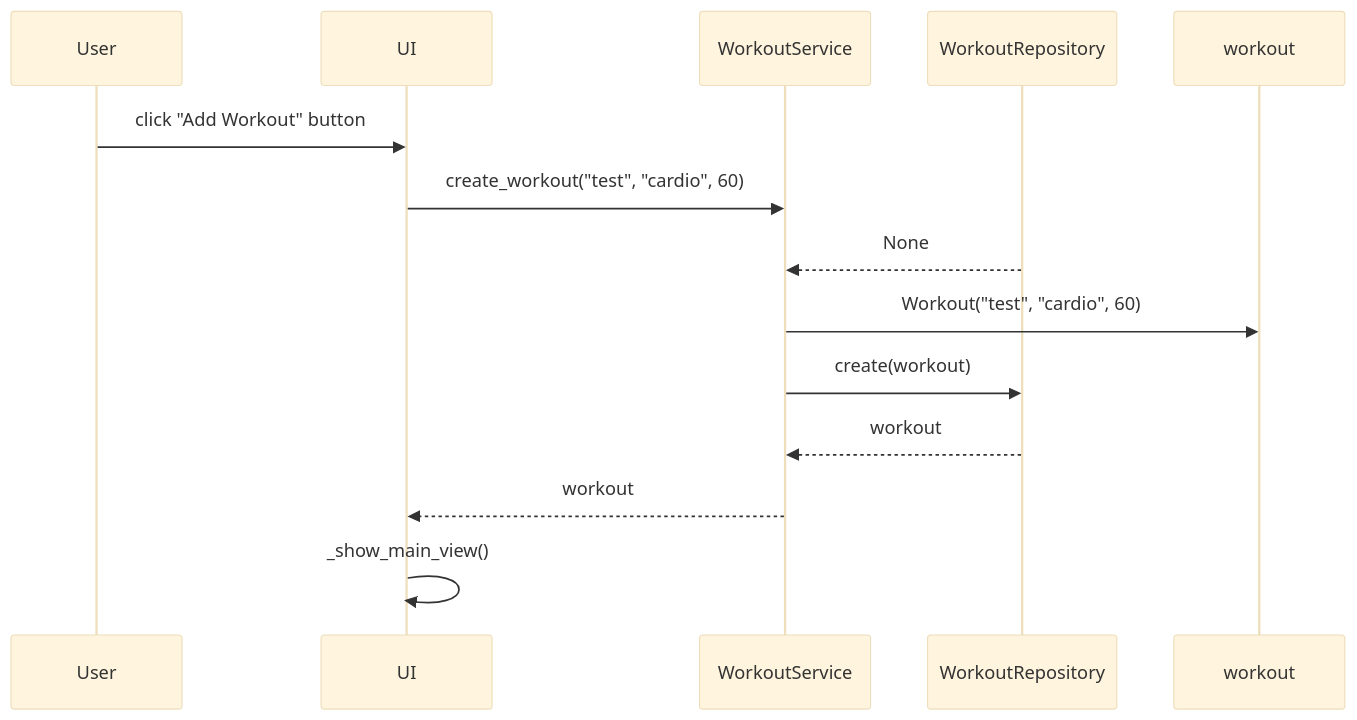
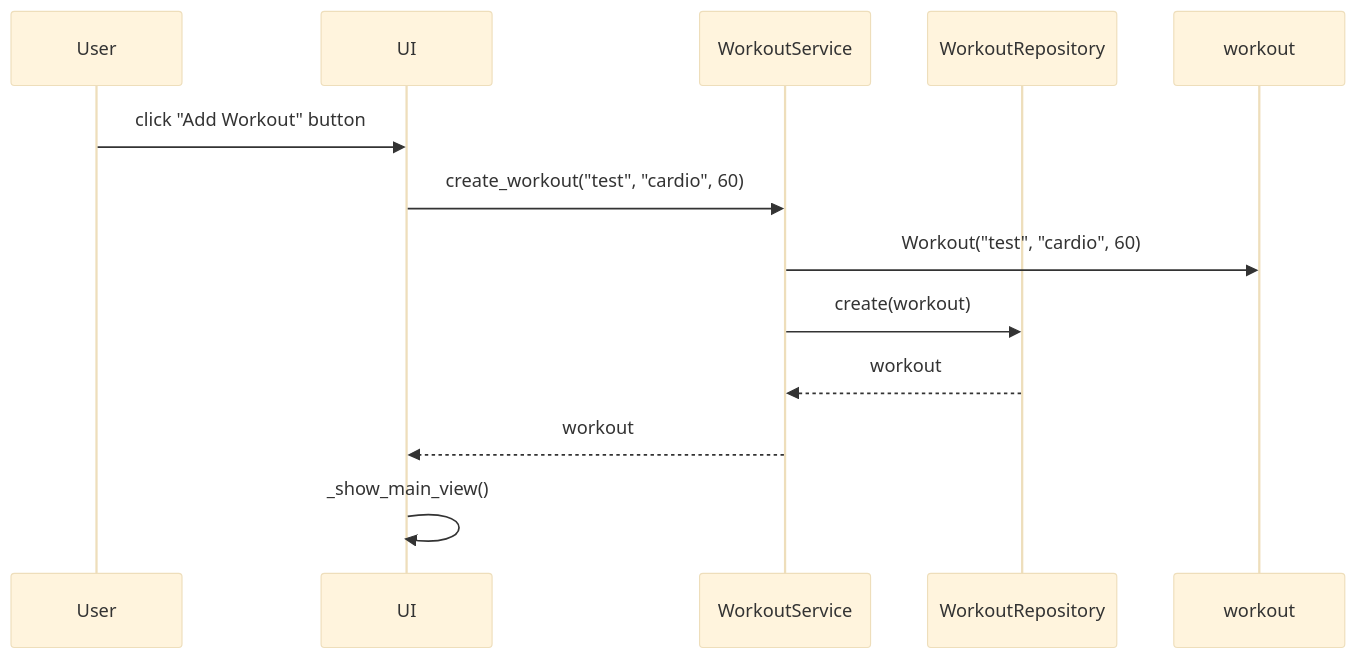
One commit to aarnif/ot-harjoitustyo changed the third of 3 diagrams in python-workout-app/dokumentaatio/arkkitehtuuri.md. Above: the diagram before and after it, drawn with Mermaid (base theme).

Commit message:
Fix error in new workout sequence diagram

````diff
--- a/python-workout-app/dokumentaatio/arkkitehtuuri.md
+++ b/python-workout-app/dokumentaatio/arkkitehtuuri.md
@@ -78,16 +78,15 @@
 ```mermaid
 sequenceDiagram
   participant User
   participant UI
   participant WorkoutService
   participant WorkoutRepository
   participant workout
   User->>UI: click "Add Workout" button
   UI->>WorkoutService: create_workout("test", "cardio", 60)
-  WorkoutRepository-->>WorkoutService: None
   WorkoutService->>workout: Workout("test", "cardio", 60)
   WorkoutService->>WorkoutRepository: create(workout)
   WorkoutRepository-->>WorkoutService: workout
   WorkoutService-->>UI: workout
   UI->>UI: _show_main_view()
 ```
````
